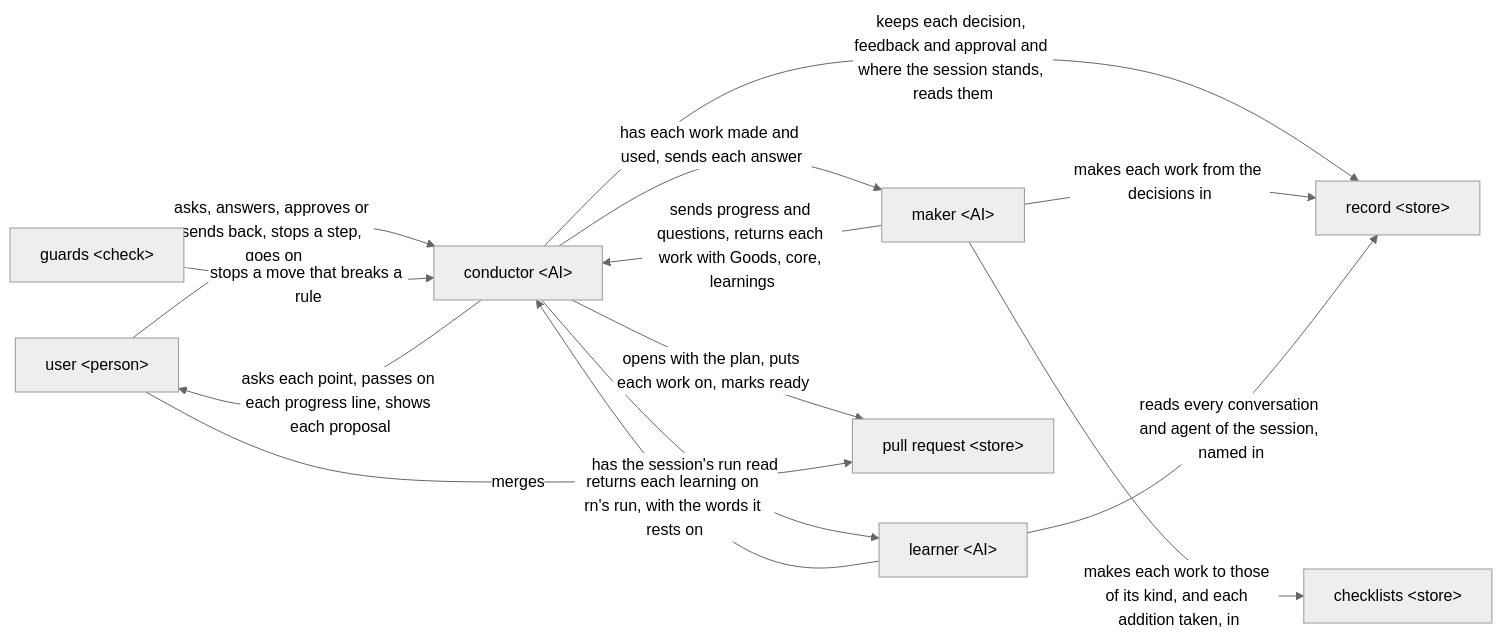
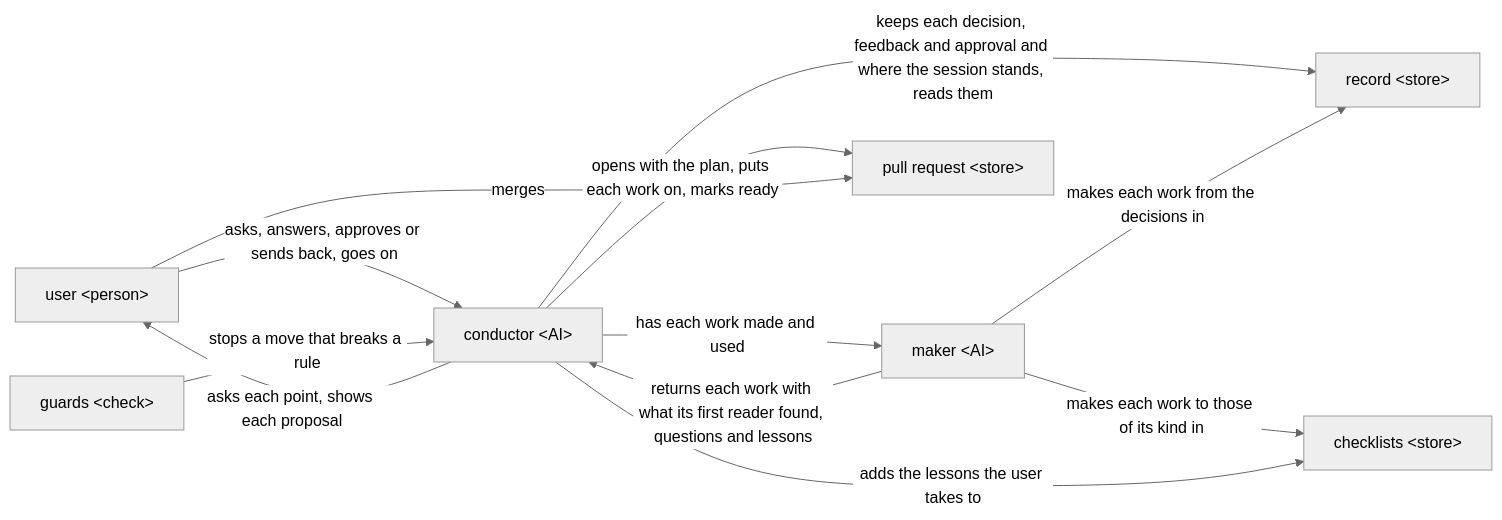
The diagram in dev/rn/design.md (lovaizu/ccpm), drawn with Mermaid (neutral theme) before and after one commit. The commit also changed other lines of this file and 10 other files, not shown here.

Commit message:
turn, lane and rn designs, UXs and READMEs back to the agreed text with the principles linked, as the user chose: the changes were made unshown and without each plugin's user and purpose; steering state

````diff
--- a/dev/rn/design.md
+++ b/dev/rn/design.md
@@ -59,24 +54,21 @@
 ```mermaid
 flowchart LR
   user["user &lt;person&gt;"]
   cond["conductor &lt;AI&gt;"]
   maker["maker &lt;AI&gt;"]
-  learner["learner &lt;AI&gt;"]
   rec["record &lt;store&gt;"]
   cl["checklists &lt;store&gt;"]
   guards["guards &lt;check&gt;"]
   pr["pull request &lt;store&gt;"]
-  user -->|asks, answers, approves or sends back, stops a step, goes on| cond
-  cond -->|asks each point, passes on each progress line, shows each proposal| user
+  user -->|asks, answers, approves or sends back, goes on| cond
+  cond -->|asks each point, shows each proposal| user
   cond -->|keeps each decision, feedback and approval and where the session stands, reads them| rec
-  cond -->|has each work made and used, sends each answer| maker
+  cond -->|has each work made and used| maker
   maker -->|makes each work from the decisions in| rec
-  maker -->|makes each work to those of its kind, and each addition taken, in| cl
-  maker -->|sends progress and questions, returns each work with Goods, core, learnings| cond
-  cond -->|has the session's run read| learner
-  learner -->|reads every conversation and agent of the session, named in| rec
-  learner -->|returns each learning on rn's run, with the words it rests on| cond
+  maker -->|makes each work to those of its kind in| cl
+  maker -->|returns each work with what its first reader found, questions and lessons| cond
+  cond -->|adds the lessons the user takes to| cl
   cond -->|opens with the plan, puts each work on, marks ready| pr
   guards -->|stops a move that breaks a rule| cond
   user -->|merges| pr
 ```
````
